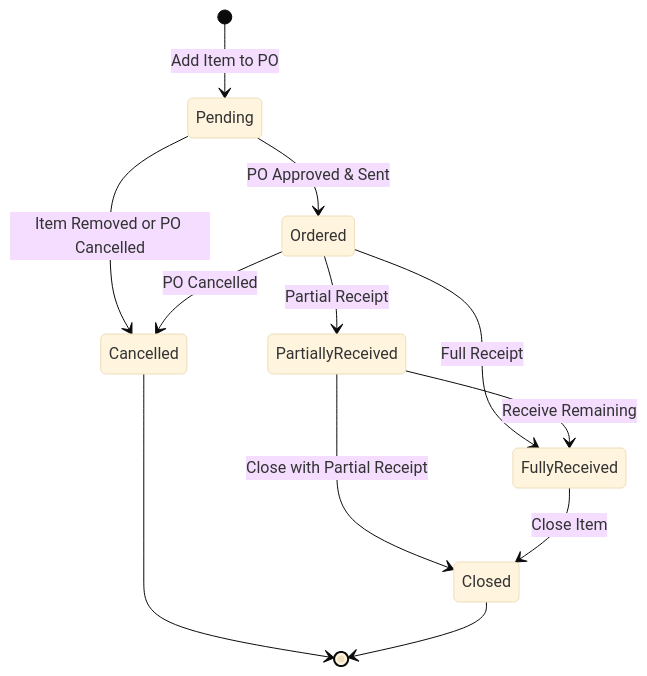
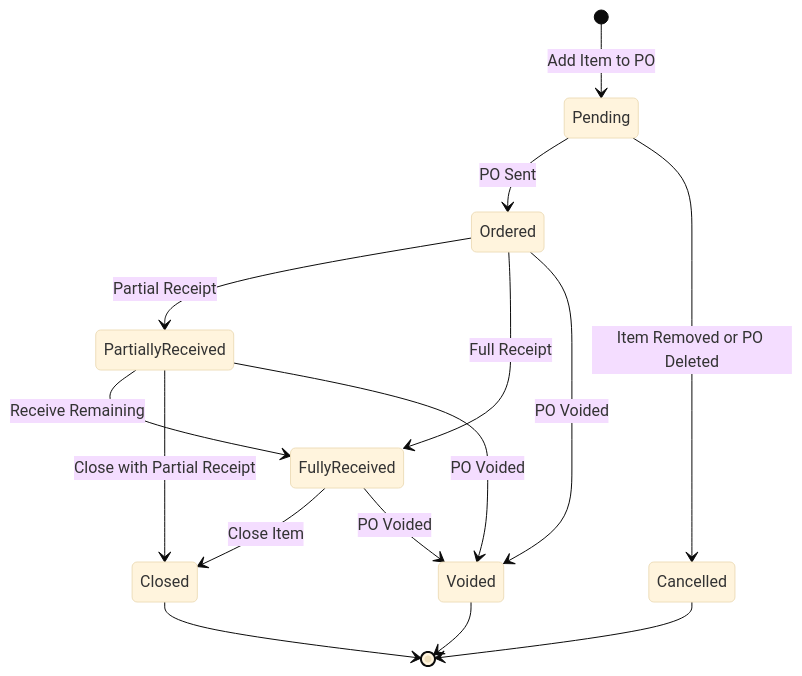
One commit to CarmenSoftware-organization/carmen changed the second of 4 diagrams in docs/po/purchase-order-state-diagram.md. Above: the diagram before and after it, drawn with Mermaid (base theme). The commit also changed other lines of this file and 188 other files, not shown here.

````diff
--- a/docs/po/purchase-order-state-diagram.md
+++ b/docs/po/purchase-order-state-diagram.md
@@ -39,19 +42,30 @@
 ```mermaid
 stateDiagram-v2
     [*] --> Pending: Add Item to PO
     
-    Pending --> Ordered: PO Approved & Sent
-    Pending --> Cancelled: Item Removed or PO Cancelled
+    Pending --> Ordered: PO Sent
+    Pending --> Cancelled: Item Removed or PO Deleted
     
     Ordered --> PartiallyReceived: Partial Receipt
     Ordered --> FullyReceived: Full Receipt
-    Ordered --> Cancelled: PO Cancelled
+    Ordered --> Voided: PO Voided
     
     PartiallyReceived --> FullyReceived: Receive Remaining
     PartiallyReceived --> Closed: Close with Partial Receipt
+    PartiallyReceived --> Voided: PO Voided
     
     FullyReceived --> Closed: Close Item
+    FullyReceived --> Voided: PO Voided
     
+    Voided --> [*]
     Cancelled --> [*]
     Closed --> [*]
+    
+    classDef pendingState fill:#e6f7ff,stroke:#1890ff;
+    classDef activeState fill:#f6ffed,stroke:#52c41a;
+    classDef terminalState fill:#fff2e8,stroke:#fa8c16;
+    
+    class Pending pendingState;
+    class Ordered,PartiallyReceived,FullyReceived activeState;
+    class Voided,Closed,Cancelled terminalState;
 ```
````
